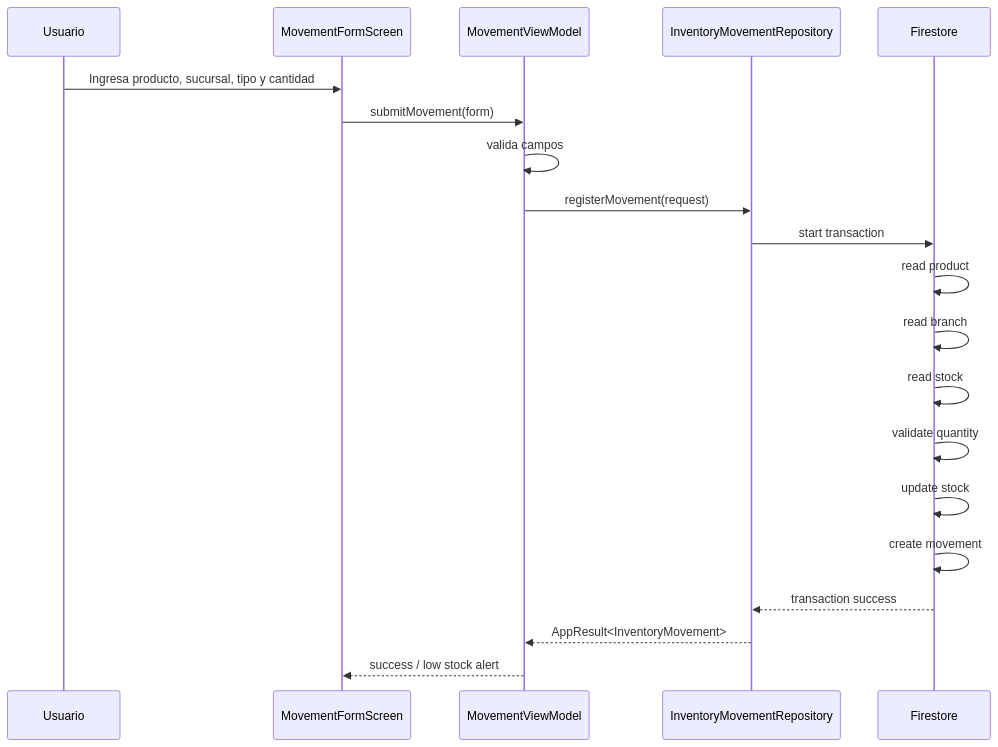
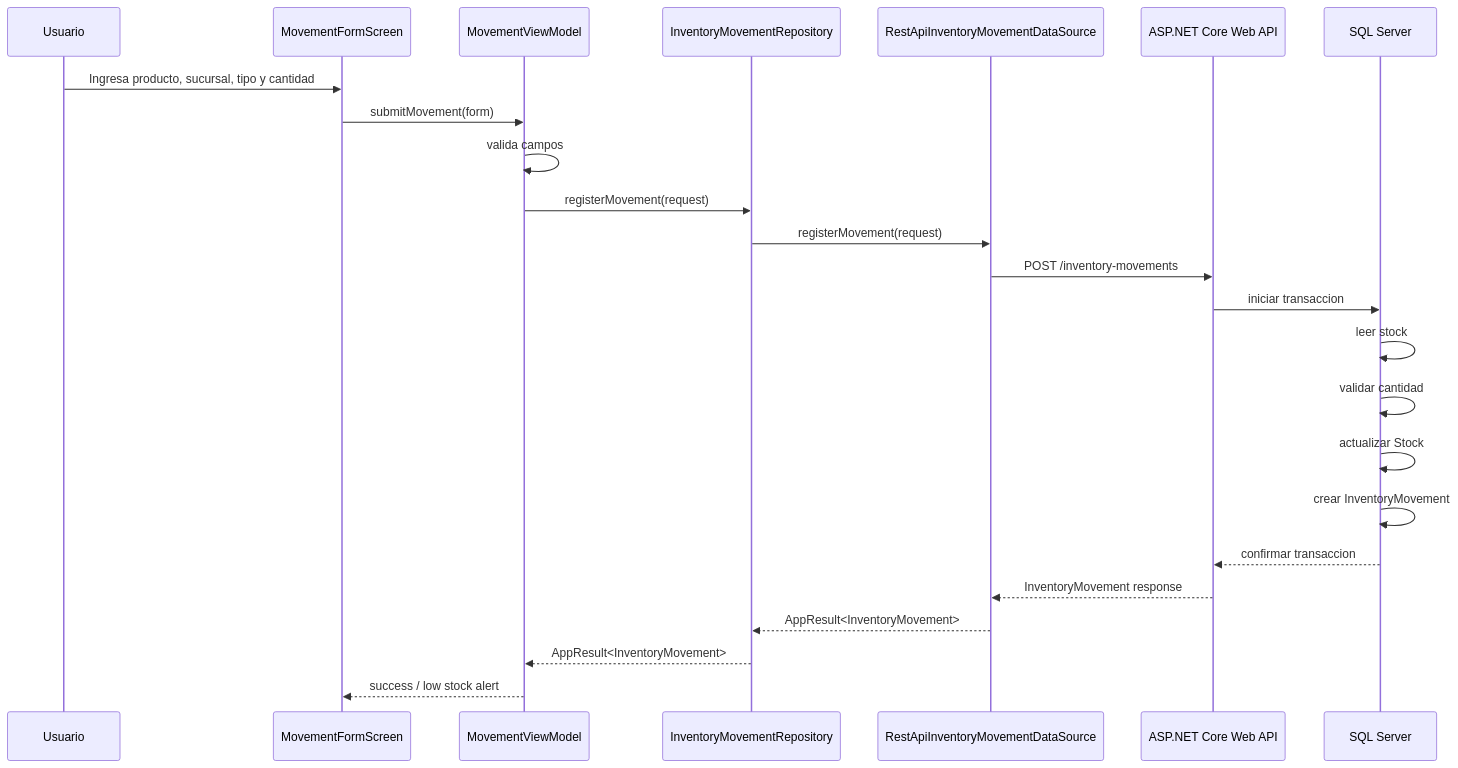
Before and after one commit to DevTeam-DAKFC/inventory-mobile-project: the fifth of 8 diagrams in docs/architecture/system-architecture.md, drawn with Mermaid. The commit also changed other lines of this file, not shown here.

Commit message:
docs(architecture): align system architecture with .NET backend

````diff
--- a/docs/architecture/system-architecture.md
+++ b/docs/architecture/system-architecture.md
@@ -519,23 +454,27 @@
 ```mermaid
 sequenceDiagram
     participant U as Usuario
     participant UI as MovementFormScreen
     participant VM as MovementViewModel
     participant R as InventoryMovementRepository
-    participant FS as Firestore
+    participant DS as RestApiInventoryMovementDataSource
+    participant API as ASP.NET Core Web API
+    participant SQL as SQL Server
 
     U->>UI: Ingresa producto, sucursal, tipo y cantidad
     UI->>VM: submitMovement(form)
     VM->>VM: valida campos
     VM->>R: registerMovement(request)
-    R->>FS: start transaction
-    FS->>FS: read product
-    FS->>FS: read branch
-    FS->>FS: read stock
-    FS->>FS: validate quantity
-    FS->>FS: update stock
-    FS->>FS: create movement
-    FS-->>R: transaction success
+    R->>DS: registerMovement(request)
+    DS->>API: POST /inventory-movements
+    API->>SQL: iniciar transaccion
+    SQL->>SQL: leer stock
+    SQL->>SQL: validar cantidad
+    SQL->>SQL: actualizar Stock
+    SQL->>SQL: crear InventoryMovement
+    SQL-->>API: confirmar transaccion
+    API-->>DS: InventoryMovement response
+    DS-->>R: AppResult<InventoryMovement>
     R-->>VM: AppResult<InventoryMovement>
     VM-->>UI: success / low stock alert
 ```
````
